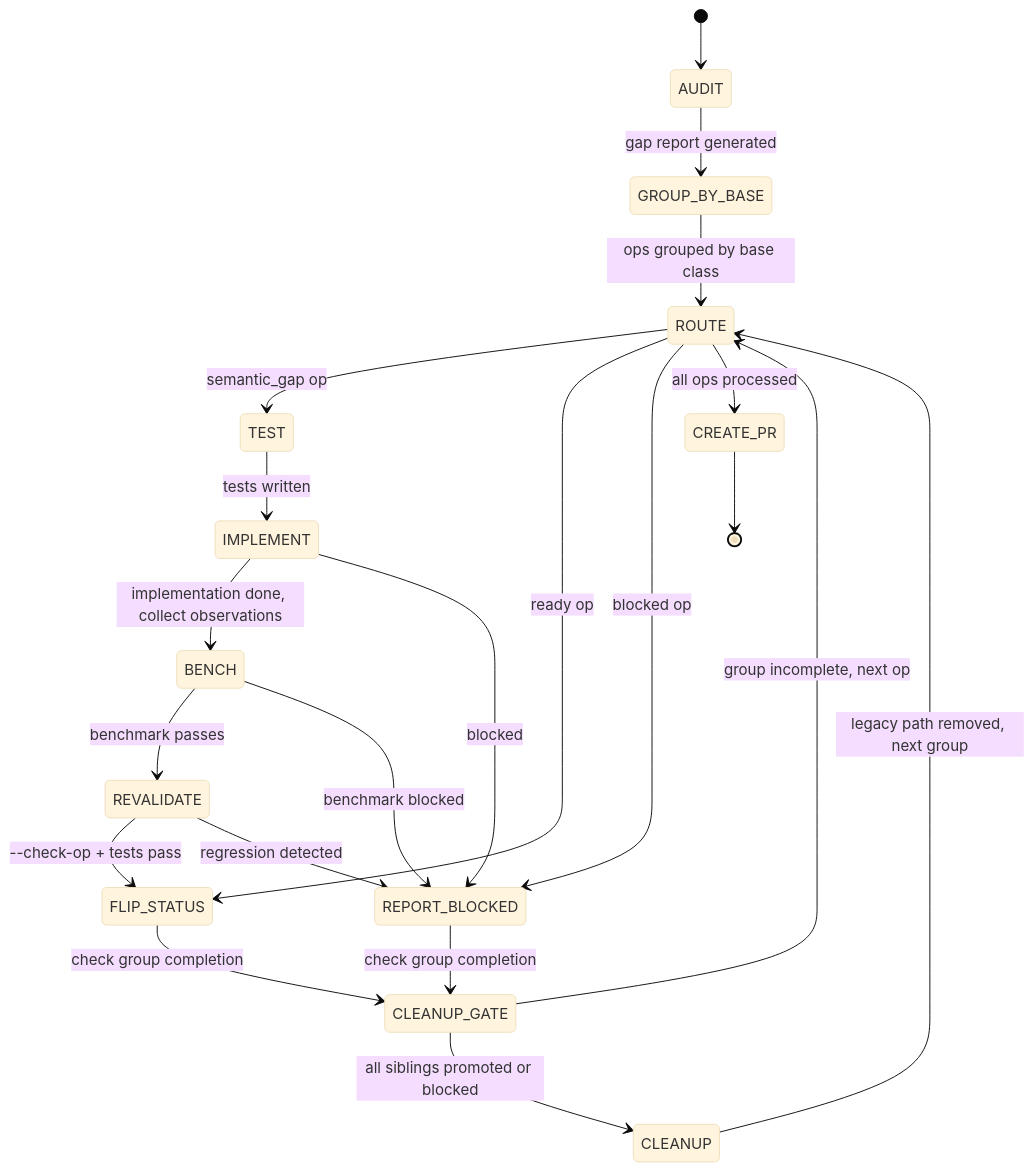
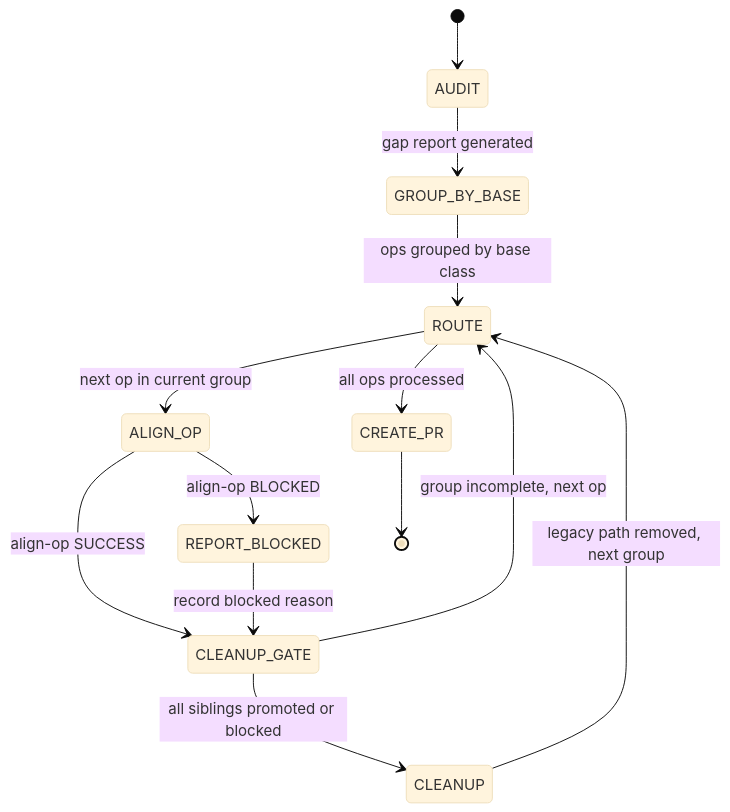
The diagram in .claude/skills/align-family/SKILL.md (tile-ai/TileOPs), drawn with Mermaid (base theme) before and after one commit. The commit also changed other lines of this file and 1 other file, not shown here.

First line of the commit message:
[Refactor][Skills] delegate align-family per-op loop to align-op

````diff
--- a/.claude/skills/align-family/SKILL.md
+++ b/.claude/skills/align-family/SKILL.md
@@ -24,23 +31,15 @@
 ```mermaid
 stateDiagram-v2
     [*] --> AUDIT
     AUDIT --> GROUP_BY_BASE: gap report generated
     GROUP_BY_BASE --> ROUTE: ops grouped by base class
-    ROUTE --> TEST: semantic_gap op
-    ROUTE --> FLIP_STATUS: ready op
-    ROUTE --> REPORT_BLOCKED: blocked op
-    TEST --> IMPLEMENT: tests written
-    IMPLEMENT --> BENCH: implementation done, collect observations
-    IMPLEMENT --> REPORT_BLOCKED: blocked
-    BENCH --> REVALIDATE: benchmark passes
-    BENCH --> REPORT_BLOCKED: benchmark blocked
-    REVALIDATE --> FLIP_STATUS: --check-op + tests pass
-    REVALIDATE --> REPORT_BLOCKED: regression detected
-    FLIP_STATUS --> CLEANUP_GATE: check group completion
-    REPORT_BLOCKED --> CLEANUP_GATE: check group completion
+    ROUTE --> ALIGN_OP: next op in current group
+    ALIGN_OP --> CLEANUP_GATE: align-op SUCCESS
+    ALIGN_OP --> REPORT_BLOCKED: align-op BLOCKED
+    REPORT_BLOCKED --> CLEANUP_GATE: record blocked reason
     CLEANUP_GATE --> ROUTE: group incomplete, next op
     CLEANUP_GATE --> CLEANUP: all siblings promoted or blocked
     CLEANUP --> ROUTE: legacy path removed, next group
     ROUTE --> CREATE_PR: all ops processed
     CREATE_PR --> [*]
 ```
````
